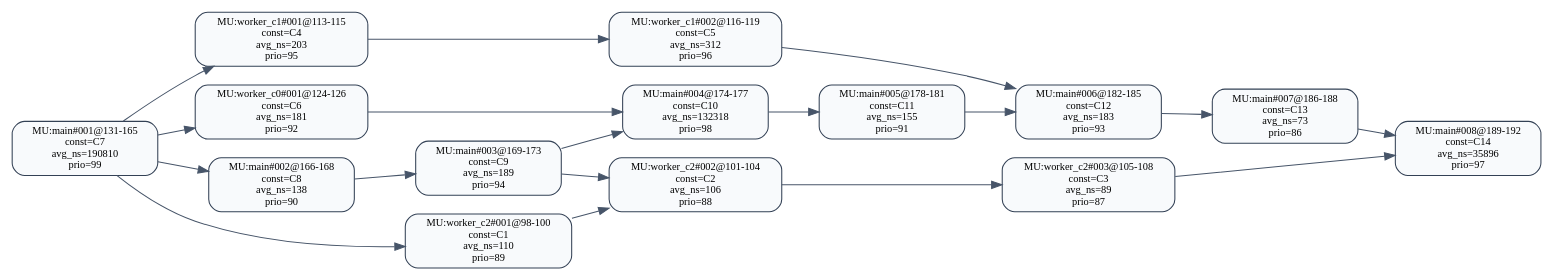
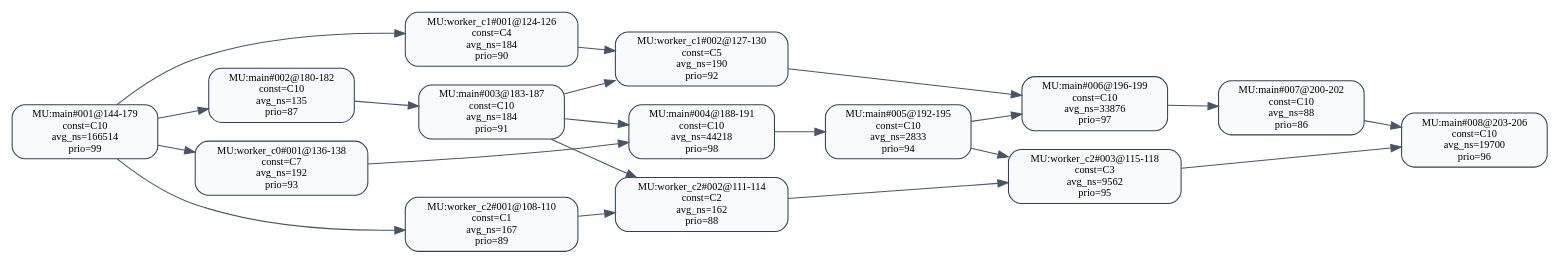
The diagram in 中间结果/zhang2/pipeline/validation/level2/effective_line_merge/wcet_first/dag_seg_annotated.dot (RTS-SYSU/DAG-Gen), drawn with Graphviz before and after one commit. The commit also changed 1017 other files, not shown here.

Commit message:
已矫正dag图circle问题，下一步准备板子上实验

```diff
--- a/中间结果/zhang2/pipeline/validation/level2/effective_line_merge/wcet_first/dag_seg_annotated.dot
+++ b/中间结果/zhang2/pipeline/validation/level2/effective_line_merge/wcet_first/dag_seg_annotated.dot
@@ -1,36 +1,38 @@
 digraph dag_seg_annotated {
   rankdir=LR;
   node [shape=box, style="rounded,filled", fillcolor="#F8FAFC", color="#334155", fontsize=10];
   edge [color="#475569"];
-  "MU:main#001@131-165" [label="MU:main#001@131-165\nconst=C7\navg_ns=190810\nprio=99"];
-  "MU:main#002@166-168" [label="MU:main#002@166-168\nconst=C8\navg_ns=138\nprio=90"];
-  "MU:main#003@169-173" [label="MU:main#003@169-173\nconst=C9\navg_ns=189\nprio=94"];
-  "MU:main#004@174-177" [label="MU:main#004@174-177\nconst=C10\navg_ns=132318\nprio=98"];
-  "MU:main#005@178-181" [label="MU:main#005@178-181\nconst=C11\navg_ns=155\nprio=91"];
-  "MU:main#006@182-185" [label="MU:main#006@182-185\nconst=C12\navg_ns=183\nprio=93"];
-  "MU:main#007@186-188" [label="MU:main#007@186-188\nconst=C13\navg_ns=73\nprio=86"];
-  "MU:main#008@189-192" [label="MU:main#008@189-192\nconst=C14\navg_ns=35896\nprio=97"];
-  "MU:worker_c0#001@124-126" [label="MU:worker_c0#001@124-126\nconst=C6\navg_ns=181\nprio=92"];
-  "MU:worker_c1#001@113-115" [label="MU:worker_c1#001@113-115\nconst=C4\navg_ns=203\nprio=95"];
-  "MU:worker_c1#002@116-119" [label="MU:worker_c1#002@116-119\nconst=C5\navg_ns=312\nprio=96"];
-  "MU:worker_c2#001@98-100" [label="MU:worker_c2#001@98-100\nconst=C1\navg_ns=110\nprio=89"];
-  "MU:worker_c2#002@101-104" [label="MU:worker_c2#002@101-104\nconst=C2\navg_ns=106\nprio=88"];
-  "MU:worker_c2#003@105-108" [label="MU:worker_c2#003@105-108\nconst=C3\navg_ns=89\nprio=87"];
-  "MU:worker_c2#001@98-100" -> "MU:worker_c2#002@101-104";
-  "MU:worker_c2#002@101-104" -> "MU:worker_c2#003@105-108";
-  "MU:worker_c1#001@113-115" -> "MU:worker_c1#002@116-119";
-  "MU:main#001@131-165" -> "MU:main#002@166-168";
-  "MU:main#002@166-168" -> "MU:main#003@169-173";
-  "MU:main#003@169-173" -> "MU:main#004@174-177";
-  "MU:main#004@174-177" -> "MU:main#005@178-181";
-  "MU:main#005@178-181" -> "MU:main#006@182-185";
-  "MU:main#006@182-185" -> "MU:main#007@186-188";
-  "MU:main#007@186-188" -> "MU:main#008@189-192";
-  "MU:main#001@131-165" -> "MU:worker_c0#001@124-126";
-  "MU:main#001@131-165" -> "MU:worker_c1#001@113-115";
-  "MU:main#001@131-165" -> "MU:worker_c2#001@98-100";
-  "MU:worker_c0#001@124-126" -> "MU:main#004@174-177";
-  "MU:worker_c1#002@116-119" -> "MU:main#006@182-185";
-  "MU:worker_c2#003@105-108" -> "MU:main#008@189-192";
-  "MU:main#003@169-173" -> "MU:worker_c2#002@101-104";
+  "MU:main#001@144-179" [label="MU:main#001@144-179\nconst=C10\navg_ns=166514\nprio=99"];
+  "MU:main#002@180-182" [label="MU:main#002@180-182\nconst=C10\navg_ns=135\nprio=87"];
+  "MU:main#003@183-187" [label="MU:main#003@183-187\nconst=C10\navg_ns=184\nprio=91"];
+  "MU:main#004@188-191" [label="MU:main#004@188-191\nconst=C10\navg_ns=44218\nprio=98"];
+  "MU:main#005@192-195" [label="MU:main#005@192-195\nconst=C10\navg_ns=2833\nprio=94"];
+  "MU:main#006@196-199" [label="MU:main#006@196-199\nconst=C10\navg_ns=33876\nprio=97"];
+  "MU:main#007@200-202" [label="MU:main#007@200-202\nconst=C10\navg_ns=88\nprio=86"];
+  "MU:main#008@203-206" [label="MU:main#008@203-206\nconst=C10\navg_ns=19700\nprio=96"];
+  "MU:worker_c0#001@136-138" [label="MU:worker_c0#001@136-138\nconst=C7\navg_ns=192\nprio=93"];
+  "MU:worker_c1#001@124-126" [label="MU:worker_c1#001@124-126\nconst=C4\navg_ns=184\nprio=90"];
+  "MU:worker_c1#002@127-130" [label="MU:worker_c1#002@127-130\nconst=C5\navg_ns=190\nprio=92"];
+  "MU:worker_c2#001@108-110" [label="MU:worker_c2#001@108-110\nconst=C1\navg_ns=167\nprio=89"];
+  "MU:worker_c2#002@111-114" [label="MU:worker_c2#002@111-114\nconst=C2\navg_ns=162\nprio=88"];
+  "MU:worker_c2#003@115-118" [label="MU:worker_c2#003@115-118\nconst=C3\navg_ns=9562\nprio=95"];
+  "MU:worker_c2#001@108-110" -> "MU:worker_c2#002@111-114";
+  "MU:worker_c2#002@111-114" -> "MU:worker_c2#003@115-118";
+  "MU:worker_c1#001@124-126" -> "MU:worker_c1#002@127-130";
+  "MU:main#001@144-179" -> "MU:main#002@180-182";
+  "MU:main#002@180-182" -> "MU:main#003@183-187";
+  "MU:main#003@183-187" -> "MU:main#004@188-191";
+  "MU:main#004@188-191" -> "MU:main#005@192-195";
+  "MU:main#005@192-195" -> "MU:main#006@196-199";
+  "MU:main#006@196-199" -> "MU:main#007@200-202";
+  "MU:main#007@200-202" -> "MU:main#008@203-206";
+  "MU:main#001@144-179" -> "MU:worker_c0#001@136-138";
+  "MU:main#001@144-179" -> "MU:worker_c1#001@124-126";
+  "MU:main#001@144-179" -> "MU:worker_c2#001@108-110";
+  "MU:worker_c0#001@136-138" -> "MU:main#004@188-191";
+  "MU:worker_c1#002@127-130" -> "MU:main#006@196-199";
+  "MU:worker_c2#003@115-118" -> "MU:main#008@203-206";
+  "MU:main#003@183-187" -> "MU:worker_c2#002@111-114";
+  "MU:main#005@192-195" -> "MU:worker_c2#003@115-118";
+  "MU:main#003@183-187" -> "MU:worker_c1#002@127-130";
 }
```
